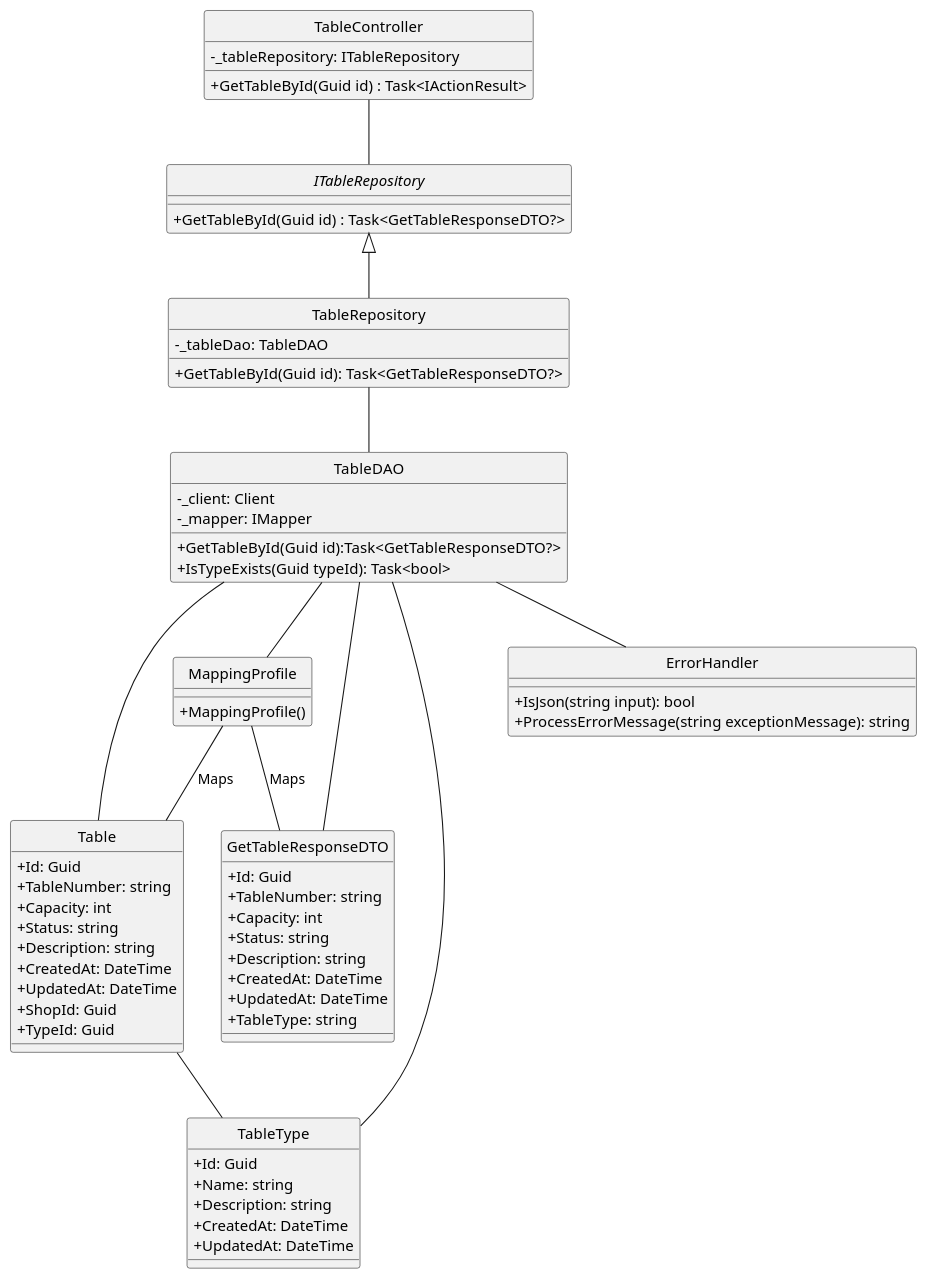
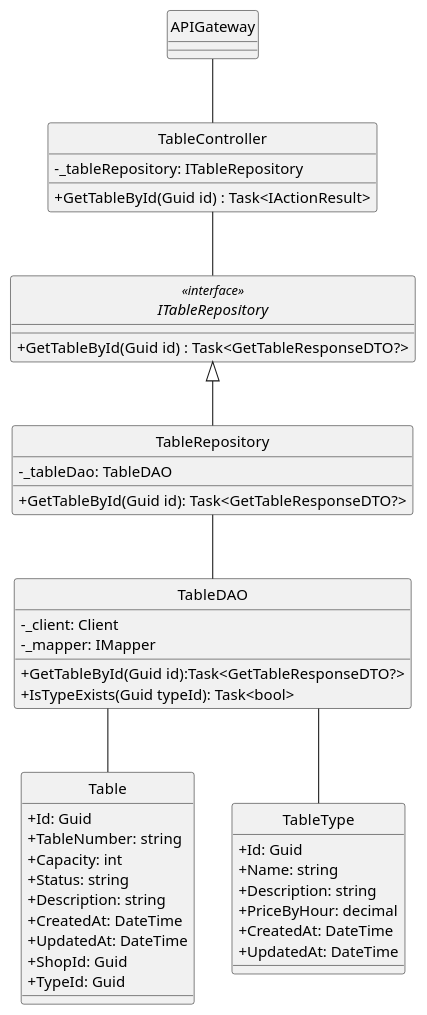
The diagram in docs/ClassDiagram/Table/GetById.plantuml (minhnhut23/FPT-OBOMS), drawn with PlantUML before and after one commit. The commit also changed 50 other files, not shown here.

Commit message:
Update class diagram of table, type. bill. billdetail

```diff
--- a/docs/ClassDiagram/Table/GetById.plantuml
+++ b/docs/ClassDiagram/Table/GetById.plantuml
@@ -1,77 +1,58 @@
 @startuml
 hide circle
 skinparam classAttributeIconSize 0
+skinparam linetype ortho
 
+
+
+class APIGateway {
+}
 class TableController {
     - _tableRepository: ITableRepository
     +  GetTableById(Guid id) : Task<IActionResult> 
 }
 
-interface ITableRepository {
+interface ITableRepository<<interface>>  {
     + GetTableById(Guid id) : Task<GetTableResponseDTO?> 
 }
 
 class TableRepository {
     - _tableDao: TableDAO
     + GetTableById(Guid id): Task<GetTableResponseDTO?>
 }
 class TableDAO {
     - _client: Client
     - _mapper: IMapper
     + GetTableById(Guid id):Task<GetTableResponseDTO?> 
     + IsTypeExists(Guid typeId): Task<bool> 
 }
 
-
-class GetTableResponseDTO {
-    + Id: Guid
-    + TableNumber: string
-    + Capacity: int
-    + Status: string
-    + Description: string
-    + CreatedAt: DateTime
-    + UpdatedAt: DateTime
-    + TableType: string
-}
 class Table {
     + Id: Guid
     + TableNumber: string
     + Capacity: int
     + Status: string
     + Description: string
     + CreatedAt: DateTime
     + UpdatedAt: DateTime
     + ShopId: Guid
     + TypeId: Guid
 }
-class MappingProfile {
-  + MappingProfile()
-}
 class TableType {
     + Id: Guid
     + Name: string
     + Description: string
+    + PriceByHour: decimal
     + CreatedAt: DateTime
     + UpdatedAt: DateTime
 }
 
-class ErrorHandler {
-    + IsJson(string input): bool
-    + ProcessErrorMessage(string exceptionMessage): string
-}
-
-
+APIGateway -- TableController
 TableController -- ITableRepository
 ITableRepository <|-- TableRepository
 TableRepository -- TableDAO
 TableDAO -- Table
 TableDAO -- TableType
-TableDAO -- GetTableResponseDTO
-TableDAO -- MappingProfile
-TableDAO -- ErrorHandler
 
-Table -- TableType
-MappingProfile -- Table : Maps
-MappingProfile -- GetTableResponseDTO : Maps
 
 @enduml
```
